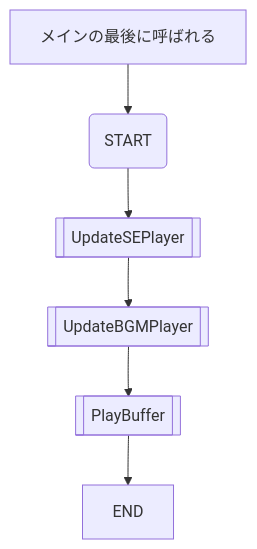
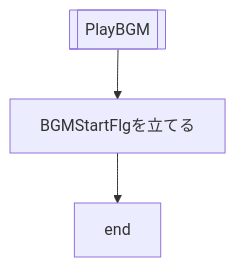
The first of 8 diagrams in 資料/仕様書/仕様_オーディオ.md (hakohumi/comp.train.whack-a-mole), drawn with Mermaid before and after one commit. The commit also changed other lines of this file, not shown here.

````diff
--- a/資料/仕様書/仕様_オーディオ.md
+++ b/資料/仕様書/仕様_オーディオ.md
@@ -174,22 +165,9 @@
-```mermaid
+``` mermaid
 
 graph TD
 
-AudioManager["メインの最後に呼ばれる"]
+PlayBGM[[PlayBGM]] --> setflg[BGMStartFlgを立てる]
 
-UpdateSEPlayer[[UpdateSEPlayer]]
-UpdateBGMPlayer[[UpdateBGMPlayer]]
-
-PlayBuffer[[PlayBuffer]]
-
-AudioManager --> START(START)
-
-START --> UpdateSEPlayer
-
-UpdateSEPlayer --> UpdateBGMPlayer
-
-UpdateBGMPlayer --> PlayBuffer
-
-PlayBuffer --> EndFlow[END]
+setflg --> EndFlow[end]
 
 ```
````
